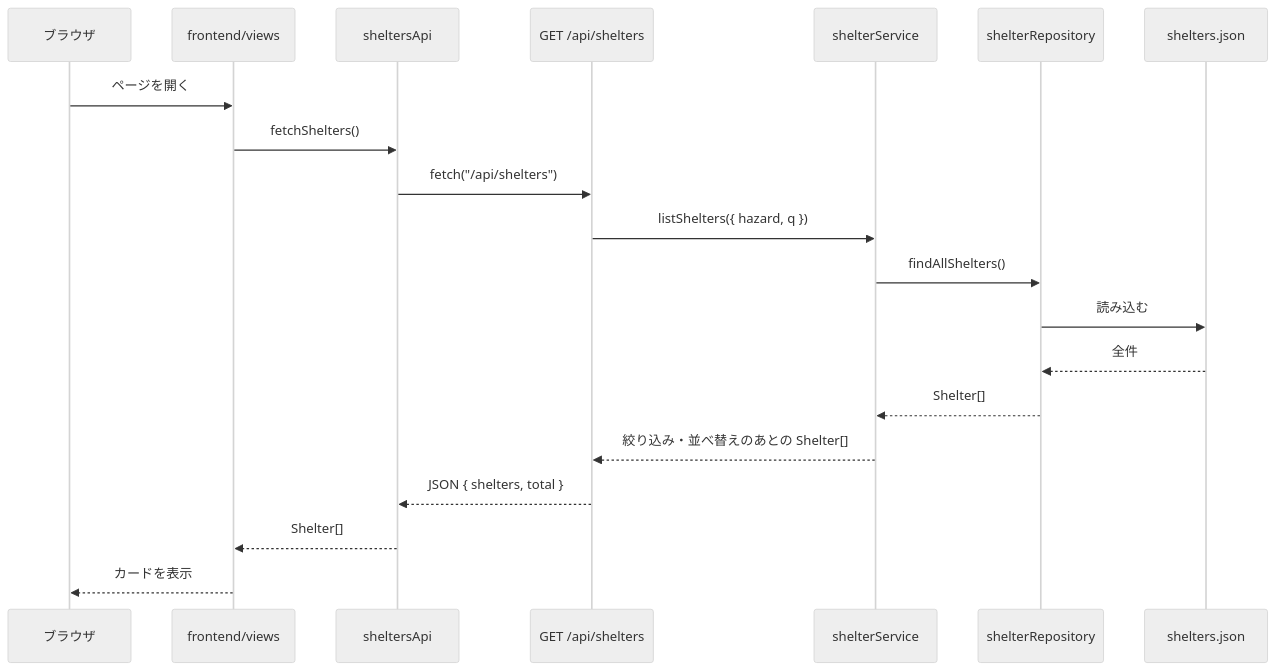
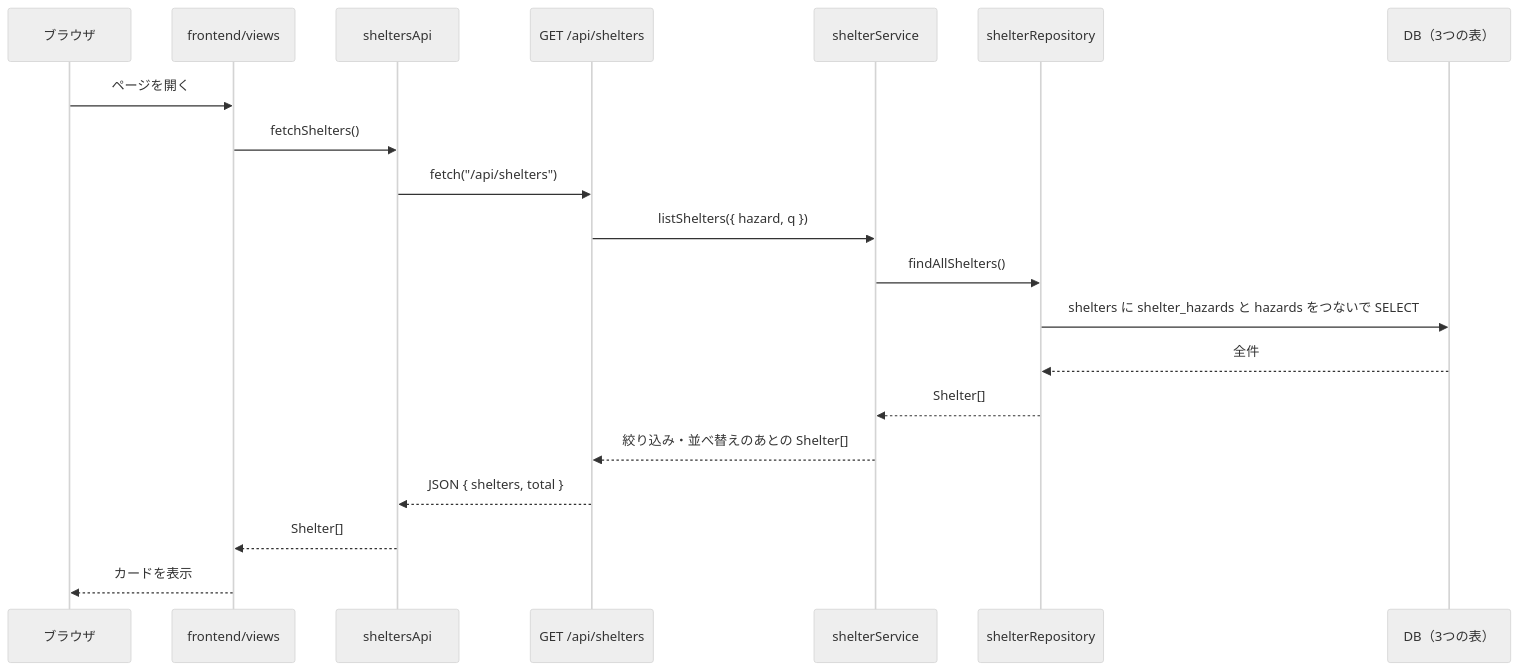
Before and after one commit to petasecic/my-app: the second of 2 diagrams in CLAUDE.md, drawn with Mermaid (neutral theme). The commit also changed other lines of this file and 22 other files, not shown here.

````diff
--- a/CLAUDE.md
+++ b/CLAUDE.md
@@ -56,22 +57,22 @@
 ```mermaid
 sequenceDiagram
   participant B as ブラウザ
   participant V as frontend/views
   participant A as sheltersApi
   participant R as GET /api/shelters
   participant S as shelterService
   participant P as shelterRepository
-  participant D as shelters.json
+  participant D as DB（3つの表）
   B->>V: ページを開く
   V->>A: fetchShelters()
   A->>R: fetch("/api/shelters")
   R->>S: listShelters({ hazard, q })
   S->>P: findAllShelters()
-  P->>D: 読み込む
+  P->>D: shelters に shelter_hazards と hazards をつないで SELECT
   D-->>P: 全件
   P-->>S: Shelter[]
   S-->>R: 絞り込み・並べ替えのあとの Shelter[]
   R-->>A: JSON { shelters, total }
   A-->>V: Shelter[]
   V-->>B: カードを表示
 ```
````
